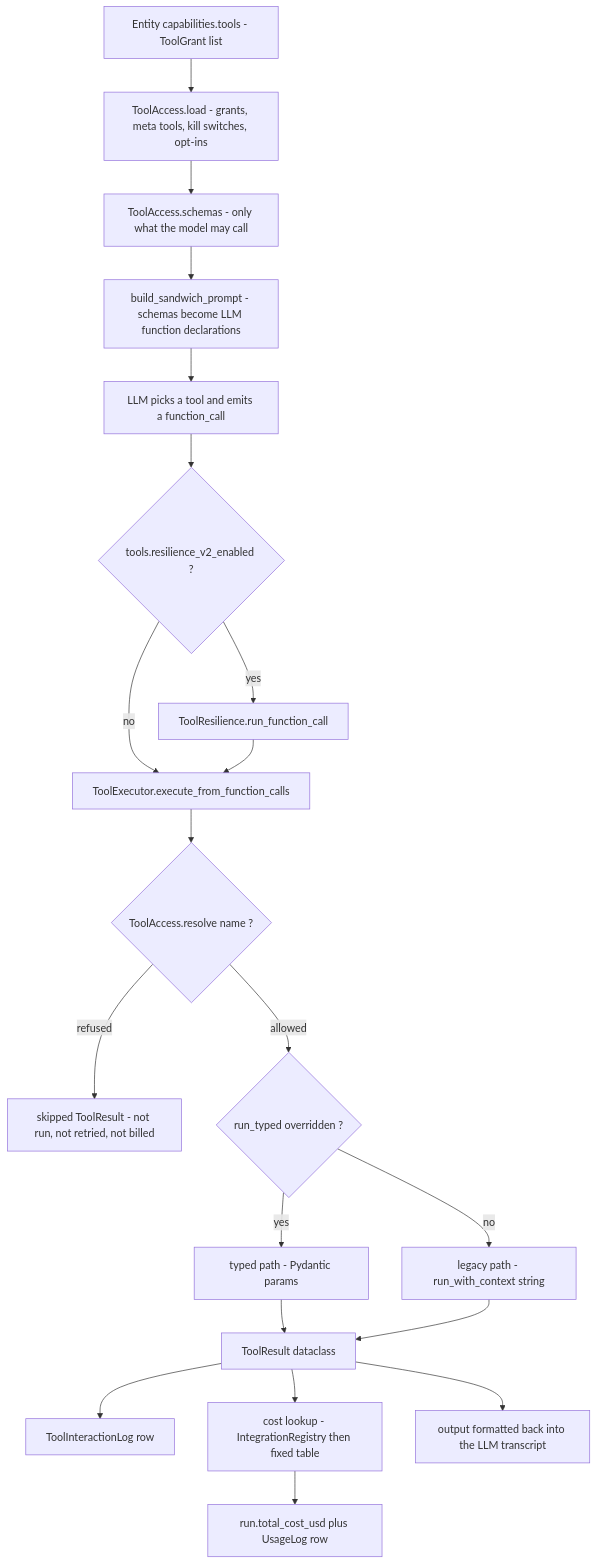
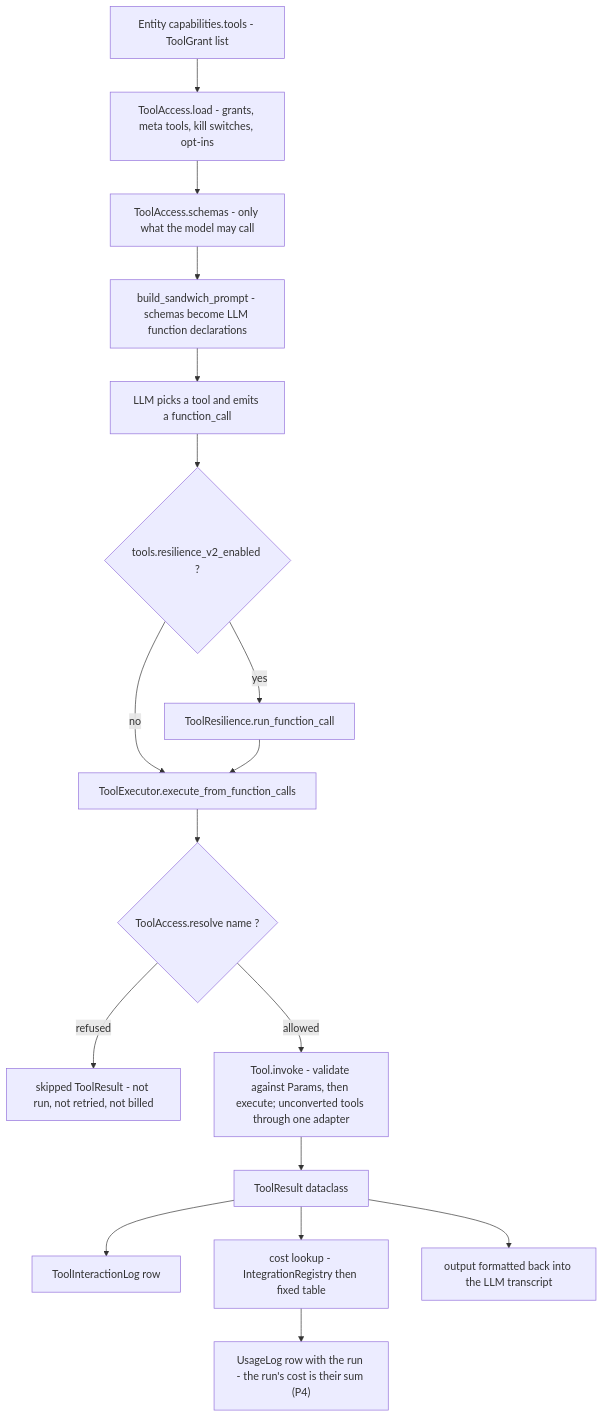
Before and after one commit to gondolerahul/hire-buddha-app: the first of 23 diagrams in docs/current/09-tools.md, drawn with Mermaid. The commit also changed other lines of this file and 16 other files, not shown here.

````diff
--- a/docs/current/09-tools.md
+++ b/docs/current/09-tools.md
@@ -58,22 +58,19 @@
 ```mermaid
 flowchart TD
     A["Entity capabilities.tools - ToolGrant list"] --> B["ToolAccess.load - grants, meta tools, kill switches, opt-ins"]
     B --> C["ToolAccess.schemas - only what the model may call"]
     C --> D["build_sandwich_prompt - schemas become LLM function declarations"]
     D --> E["LLM picks a tool and emits a function_call"]
     E --> F{"tools.resilience_v2_enabled ?"}
     F -->|yes| G["ToolResilience.run_function_call"]
     F -->|no| H["ToolExecutor.execute_from_function_calls"]
     G --> H
     H --> R{"ToolAccess.resolve name ?"}
     R -->|refused| Z["skipped ToolResult - not run, not retried, not billed"]
-    R -->|allowed| I{"run_typed overridden ?"}
-    I -->|yes| J["typed path - Pydantic params"]
-    I -->|no| K["legacy path - run_with_context string"]
-    J --> L["ToolResult dataclass"]
-    K --> L
+    R -->|allowed| I["Tool.invoke - validate against Params, then execute; unconverted tools through one adapter"]
+    I --> L["ToolResult dataclass"]
     L --> M["ToolInteractionLog row"]
     L --> N["cost lookup - IntegrationRegistry then fixed table"]
-    N --> O["run.total_cost_usd plus UsageLog row"]
+    N --> O["UsageLog row with the run - the run's cost is their sum (P4)"]
     L --> P["output formatted back into the LLM transcript"]
 ```
````
